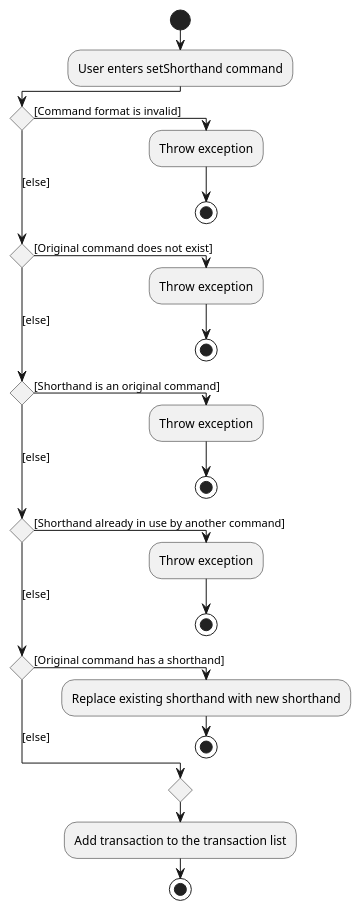
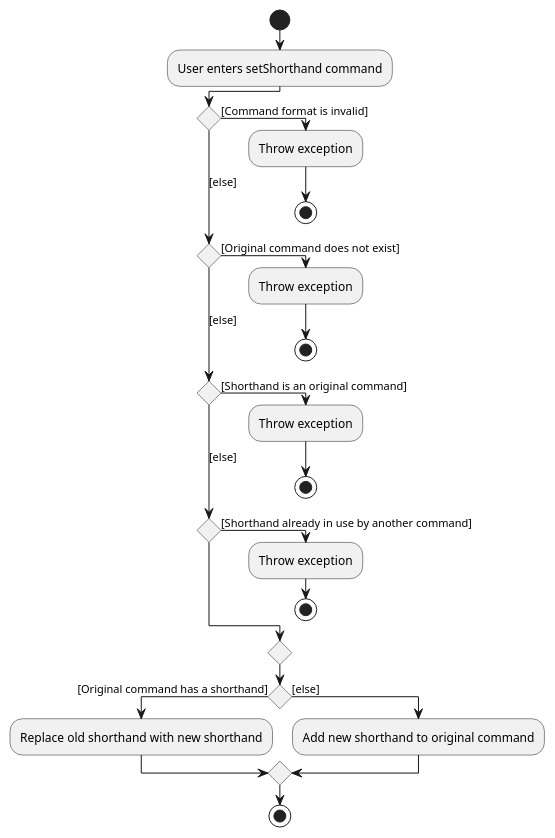
The diagram in docs/diagrams/SetShorthandCommandActivityDiagram.puml (wui-hong/tp), drawn with PlantUML before and after one commit.

Commit message:
Amend shorthand activity diagram

```diff
--- a/docs/diagrams/SetShorthandCommandActivityDiagram.puml
+++ b/docs/diagrams/SetShorthandCommandActivityDiagram.puml
@@ -1,26 +1,24 @@
 @startuml
 !pragma useVerticalIf on
 start
 :User enters setShorthand command;
 if () then ([Command format is invalid])
   :Throw exception;
   stop
 ([else]) elseif () then ([Original command does not exist])
   :Throw exception;
   stop
 ([else]) elseif () then ([Shorthand is an original command])
   :Throw exception;
   stop
 ([else]) elseif () then ([Shorthand already in use by another command])
   :Throw exception;
   stop
-([else]) elseif () then ([Original command has a shorthand])
-  :Replace existing shorthand with new shorthand;
-  stop
+endif
+if () then ([Original command has a shorthand])
+  :Replace old shorthand with new shorthand;
 else ([else])
+  :Add new shorthand to original command;
 endif
-  :Add transaction to the transaction list;
-
-
 stop
 @enduml
```
